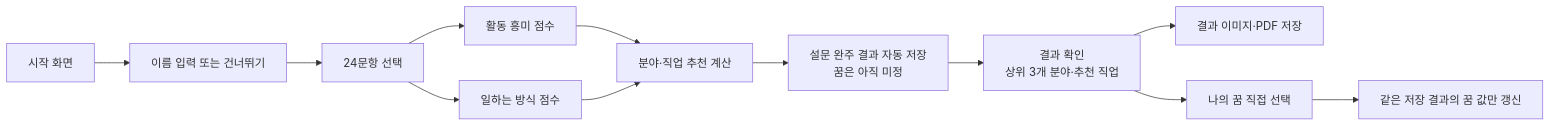
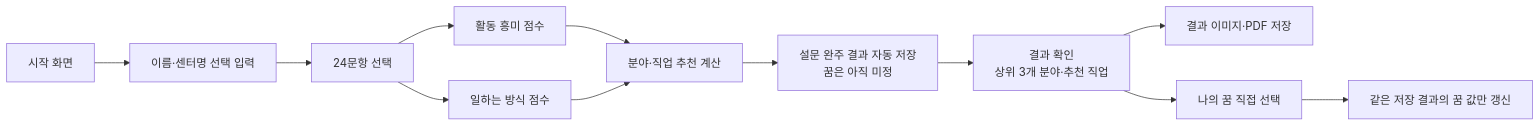
One commit to koreadeveloper/wekid changed the diagram in README.md. Above: the diagram before and after it, drawn with Mermaid. The commit also changed other lines of this file and 22 other files, not shown here.

````diff
--- a/README.md
+++ b/README.md
@@ -101,14 +105,14 @@
 ```mermaid
 flowchart LR
-    A["시작 화면"] --> B["이름 입력 또는 건너뛰기"]
+    A["시작 화면"] --> B["이름·센터명 선택 입력"]
     B --> C["24문항 선택"]
     C --> D["활동 흥미 점수"]
     C --> E["일하는 방식 점수"]
     D --> F["분야·직업 추천 계산"]
     E --> F
     F --> G["설문 완주 결과 자동 저장<br/>꿈은 아직 미정"]
     G --> H["결과 확인<br/>상위 3개 분야·추천 직업"]
     H --> I["결과 이미지·PDF 저장"]
     H --> J["나의 꿈 직접 선택"]
     J --> K["같은 저장 결과의 꿈 값만 갱신"]
 ```
````
